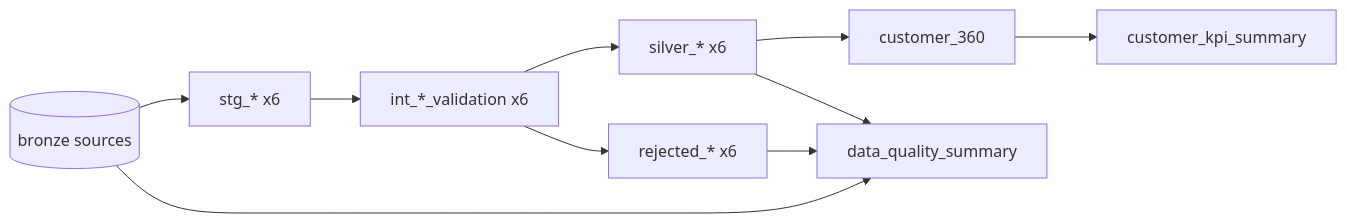
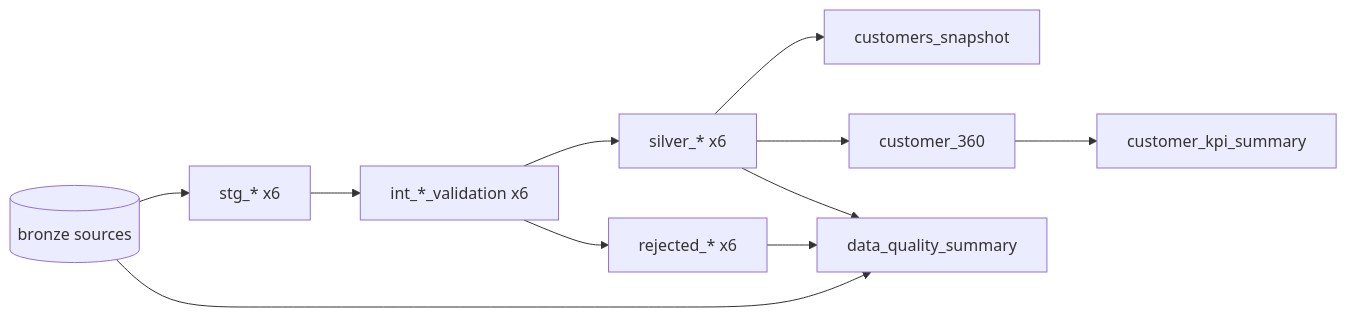
The second of 2 diagrams in README.md (TeotiaAbhishek/enterprise-customer-360-lakehouse), drawn with Mermaid before and after one commit. The commit also changed other lines of this file and 5 other files, not shown here.

````diff
--- a/README.md
+++ b/README.md
@@ -53,12 +54,13 @@
 ```mermaid
 flowchart LR
     src[(bronze sources)] --> stg[stg_* x6]
     stg --> int[int_*_validation x6]
     int --> sv[silver_* x6]
     int --> rj[rejected_* x6]
+    sv --> snap[customers_snapshot]
     sv --> c360[customer_360]
     c360 --> kpi[customer_kpi_summary]
     sv --> dq[data_quality_summary]
     rj --> dq
     src --> dq
 ```
````
